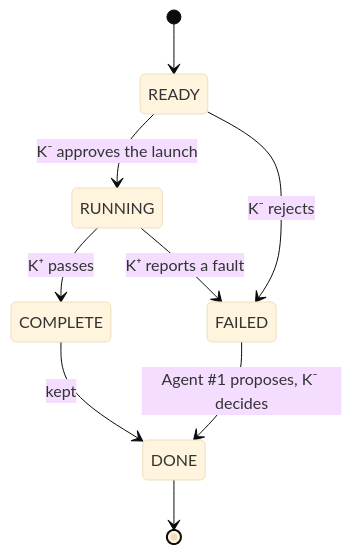
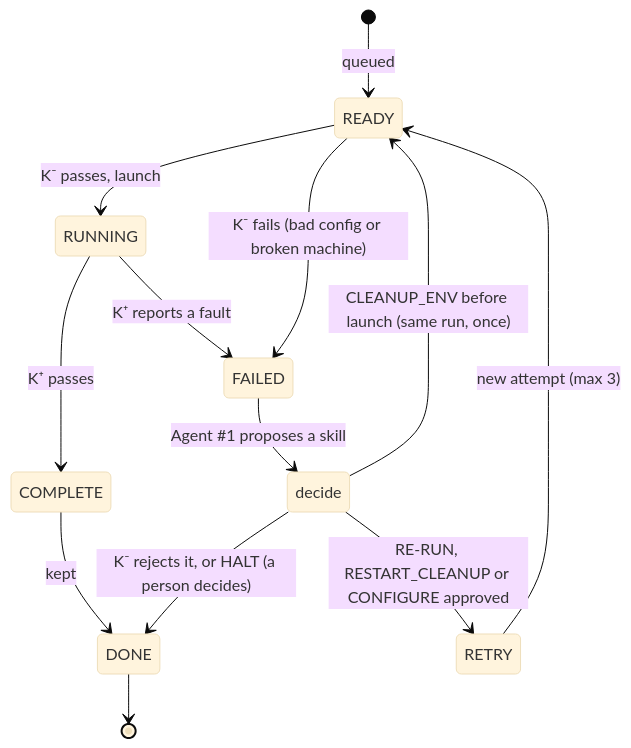
One commit to willv678/simgate changed the third of 4 diagrams in SLIDES.md. Above: the diagram before and after it, drawn with Mermaid (base theme). The commit also changed other lines of this file and 2 other files, not shown here.

Commit message:
Show retries and HALT in the state diagram

````diff
--- a/SLIDES.md
+++ b/SLIDES.md
@@ -138,11 +138,16 @@
 ```mermaid
 stateDiagram-v2
-    [*] --> READY
-    READY --> RUNNING: K⁻ approves the launch
-    READY --> FAILED: K⁻ rejects
+    [*] --> READY: queued
+    READY --> RUNNING: K⁻ passes, launch
+    READY --> FAILED: K⁻ fails (bad config or broken machine)
     RUNNING --> COMPLETE: K⁺ passes
     RUNNING --> FAILED: K⁺ reports a fault
     COMPLETE --> DONE: kept
-    FAILED --> DONE: Agent #1 proposes, K⁻ decides
+    FAILED --> decide: Agent #1 proposes a skill
+    state decide <<choice>>
+    decide --> DONE: K⁻ rejects it, or HALT (a person decides)
+    decide --> READY: CLEANUP_ENV before launch (same run, once)
+    decide --> RETRY: RE-RUN, RESTART_CLEANUP or CONFIGURE approved
+    RETRY --> READY: new attempt (max 3)
     DONE --> [*]
 ```
````
